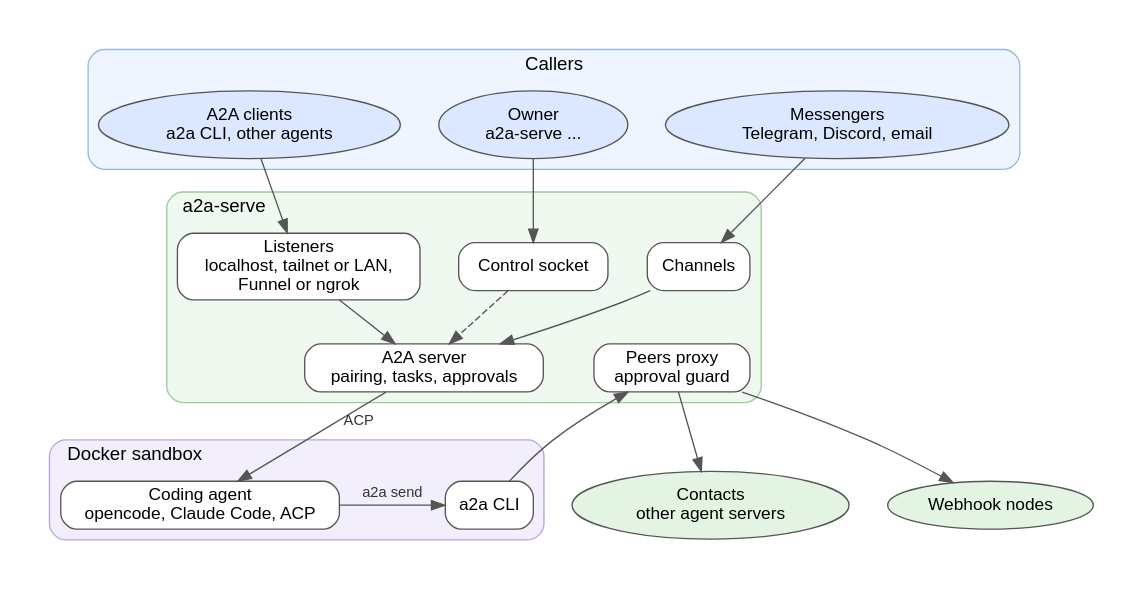
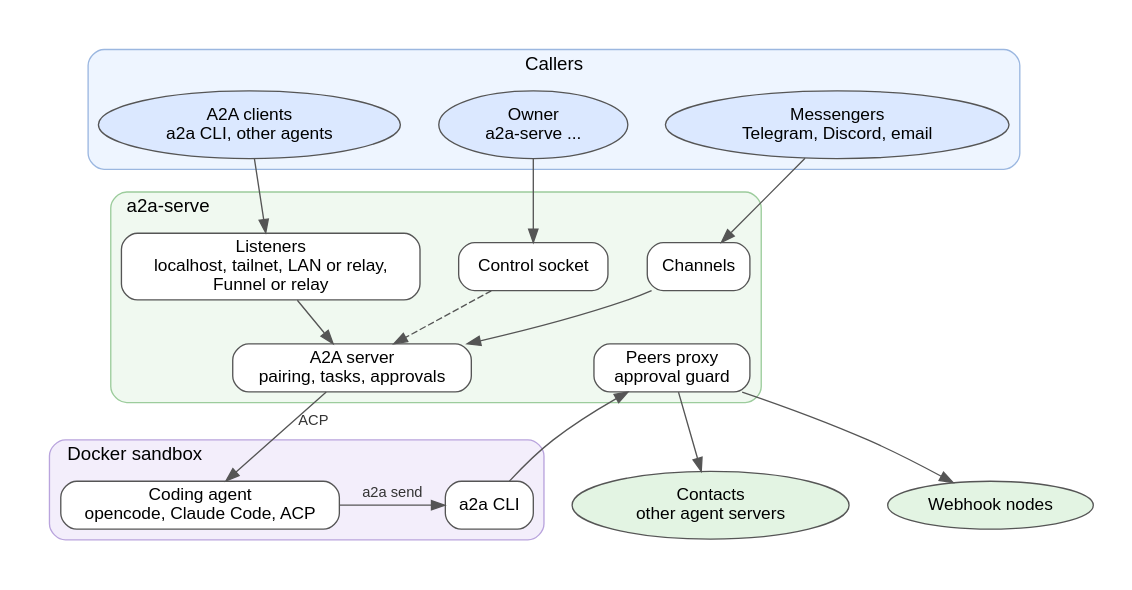
Before and after one commit to a2aproject/a2a-serve: the diagram in docs/graphs/readme-overview.dot, drawn with Graphviz. The commit also changed 78 other files, not shown here.

```diff
--- a/docs/graphs/readme-overview.dot
+++ b/docs/graphs/readme-overview.dot
@@ -1,57 +1,57 @@
 // README overview: a simplified agent-server-overview.dot. Top to bottom:
 // callers, the server, the sandboxed harness; the harness calls other agents
 // back through the server.
 // Render: dot -Tpng -Gdpi=110 readme-overview.dot -o readme-overview.png
 digraph readme_overview {
   rankdir=TB;
   graph [fontname="Helvetica", nodesep=0.4, ranksep=0.45, pad=0.3, newrank=true];
   node  [fontname="Helvetica", fontsize=13, shape=box, style="rounded,filled", fillcolor="#ffffff", color="#555555"];
   edge  [fontname="Helvetica", fontsize=11, color="#555555", fontcolor="#333333"];
 
   subgraph cluster_callers {
     label="Callers"; style="rounded,filled"; fillcolor="#eef5ff"; color="#9bb7e0";
     { rank=same;
       Client    [label="A2A clients\na2a CLI, other agents", shape=ellipse, fillcolor="#dbe8ff"];
       Owner     [label="Owner\na2a-serve ...", shape=ellipse, fillcolor="#dbe8ff"];
       Messenger [label="Messengers\nTelegram, Discord, email", shape=ellipse, fillcolor="#dbe8ff"];
     }
   }
 
   subgraph cluster_server {
     label="a2a-serve"; labeljust=l; style="rounded,filled"; fillcolor="#f0f9f0"; color="#9ccc9c";
     { rank=same;
-      Listeners [label="Listeners\nlocalhost, tailnet or LAN,\nFunnel or ngrok"];
+      Listeners [label="Listeners\nlocalhost, tailnet, LAN or relay,\nFunnel or relay"];
       Control   [label="Control socket"];
       Router    [label="Channels"];
     }
     { rank=same;
       Core  [label="A2A server\npairing, tasks, approvals"];
       Proxy [label="Peers proxy\napproval guard"];
     }
   }
 
   subgraph cluster_sandbox {
     label="Docker sandbox"; labeljust=l; style="rounded,filled"; fillcolor="#f3eefb"; color="#b9a4dd";
     { rank=same;
       Harness [label="Coding agent\nopencode, Claude Code, ACP"];
       CLI     [label="a2a CLI"];
     }
   }
 
   { rank=same;
     Remote  [label="Contacts\nother agent servers", shape=ellipse, fillcolor="#e3f4e3"];
     Webhook [label="Webhook nodes", shape=ellipse, fillcolor="#e3f4e3"];
   }
 
   Client -> Listeners;
   Owner -> Control;
   Messenger -> Router;
   Listeners -> Core;
   Control -> Core [style=dashed];
   Router -> Core;
   Core -> Harness [label="ACP"];
   Harness -> CLI [label="a2a send"];
   Proxy -> CLI [dir=back];
   Proxy -> Remote;
   Proxy -> Webhook;
 }
```
